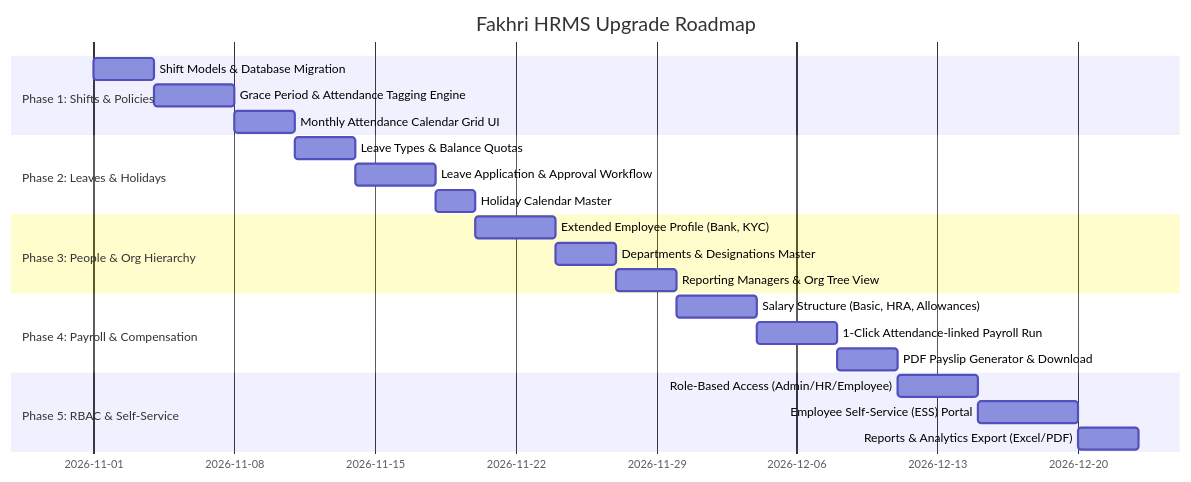
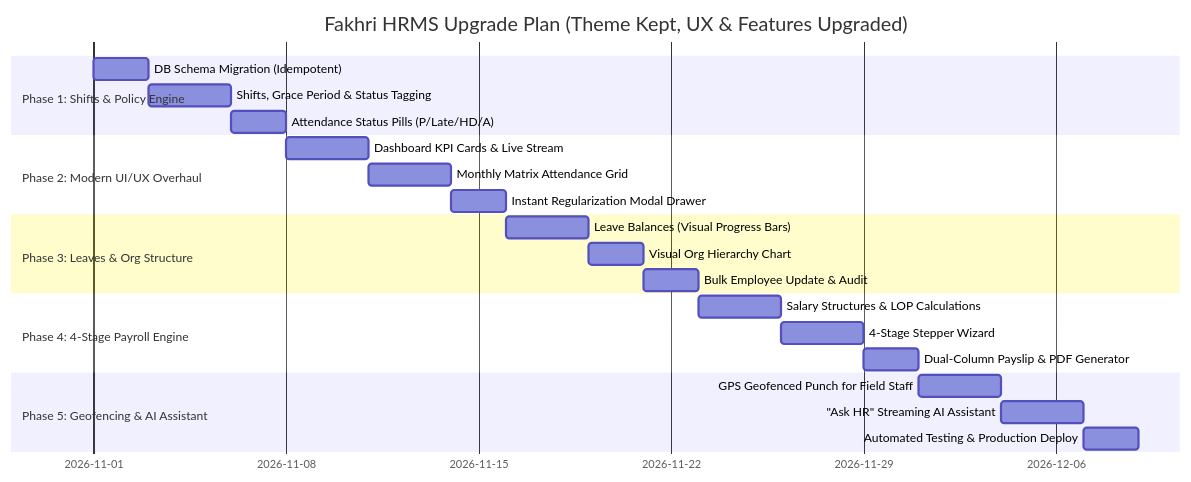
One commit to AtulBangre/fakhri-hrms changed the second of 2 diagrams in plan.md. Above: the diagram before and after it, drawn with Mermaid. The commit also changed other lines of this file and 16 other files, not shown here.

Commit message:
feat(ux): implement enterprise UX enhancements and features from plan.md while preserving Fakhri brand theme

````diff
--- a/plan.md
+++ b/plan.md
@@ -54,29 +282,29 @@
 ```mermaid
 gantt
-    title Fakhri HRMS Upgrade Roadmap
+    title Fakhri HRMS Upgrade Plan (Theme Kept, UX & Features Upgraded)
     dateFormat  YYYY-MM-DD
-    section Phase 1: Shifts & Policies
-    Shift Models & Database Migration      :p1_1, 2026-11-01, 3d
-    Grace Period & Attendance Tagging Engine:p1_2, after p1_1, 4d
-    Monthly Attendance Calendar Grid UI    :p1_3, after p1_2, 3d
+    section Phase 1: Shifts & Policy Engine
+    DB Schema Migration (Idempotent)       :p1_1, 2026-11-01, 2d
+    Shifts, Grace Period & Status Tagging  :p1_2, after p1_1, 3d
+    Attendance Status Pills (P/Late/HD/A)  :p1_3, after p1_2, 2d
 
-    section Phase 2: Leaves & Holidays
-    Leave Types & Balance Quotas           :p2_1, after p1_3, 3d
-    Leave Application & Approval Workflow  :p2_2, after p2_1, 4d
-    Holiday Calendar Master                :p2_3, after p2_2, 2d
+    section Phase 2: Modern UI/UX Overhaul
+    Dashboard KPI Cards & Live Stream      :p2_1, after p1_3, 3d
+    Monthly Matrix Attendance Grid         :p2_2, after p2_1, 3d
+    Instant Regularization Modal Drawer    :p2_3, after p2_2, 2d
 
-    section Phase 3: People & Org Hierarchy
-    Extended Employee Profile (Bank, KYC)  :p3_1, after p2_3, 4d
-    Departments & Designations Master      :p3_2, after p3_1, 3d
-    Reporting Managers & Org Tree View     :p3_3, after p3_2, 3d
+    section Phase 3: Leaves & Org Structure
+    Leave Balances (Visual Progress Bars)  :p3_1, after p2_3, 3d
+    Visual Org Hierarchy Chart             :p3_2, after p3_1, 2d
+    Bulk Employee Update & Audit           :p3_3, after p3_2, 2d
 
-    section Phase 4: Payroll & Compensation
-    Salary Structure (Basic, HRA, Allowances):p4_1, after p3_3, 4d
-    1-Click Attendance-linked Payroll Run  :p4_2, after p4_1, 4d
-    PDF Payslip Generator & Download       :p4_3, after p4_2, 3d
+    section Phase 4: 4-Stage Payroll Engine
+    Salary Structures & LOP Calculations   :p4_1, after p3_3, 3d
+    4-Stage Stepper Wizard                 :p4_2, after p4_1, 3d
+    Dual-Column Payslip & PDF Generator    :p4_3, after p4_2, 2d
 
-    section Phase 5: RBAC & Self-Service
-    Role-Based Access (Admin/HR/Employee)  :p5_1, after p4_3, 4d
-    Employee Self-Service (ESS) Portal     :p5_2, after p5_1, 5d
-    Reports & Analytics Export (Excel/PDF) :p5_3, after p5_2, 3d
+    section Phase 5: Geofencing & AI Assistant
+    GPS Geofenced Punch for Field Staff    :p5_1, after p4_3, 3d
+    "Ask HR" Streaming AI Assistant        :p5_2, after p5_1, 3d
+    Automated Testing & Production Deploy  :p5_3, after p5_2, 2d
 ```
````
